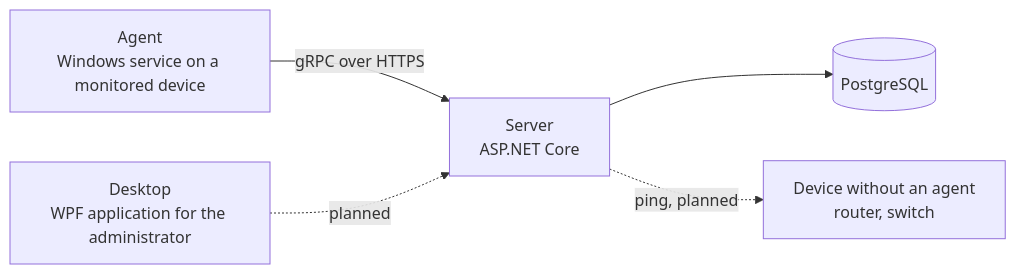
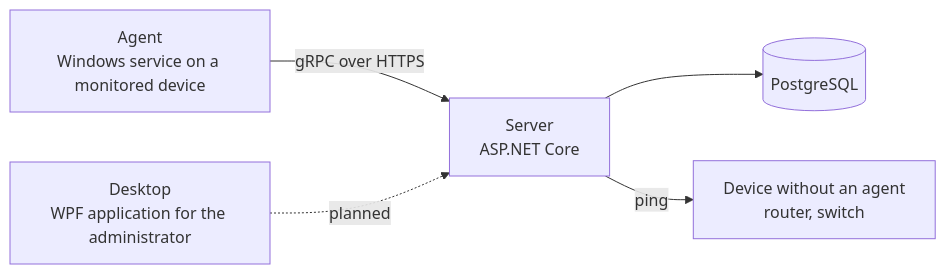
One commit to ondrejkocun/network_monitoring_and_management_system changed the diagram in README.md. Above: the diagram before and after it, drawn with Mermaid. The commit also changed other lines of this file and 17 other files, not shown here.

````diff
--- a/README.md
+++ b/README.md
@@ -26,13 +26,13 @@
 ```mermaid
 flowchart LR
     Agent["Agent<br/>Windows service on a monitored device"]
     Server["Server<br/>ASP.NET Core"]
     Database[("PostgreSQL")]
     Desktop["Desktop<br/>WPF application for the administrator"]
     Agentless["Device without an agent<br/>router, switch"]
 
     Agent -- "gRPC over HTTPS" --> Server
     Server --> Database
     Desktop -. planned .-> Server
-    Server -. "ping, planned" .-> Agentless
+    Server -- ping --> Agentless
 ```
````
